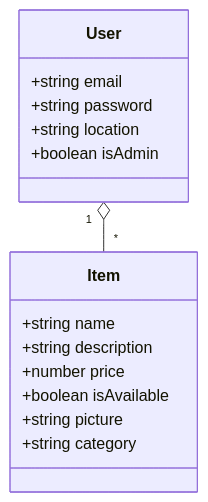
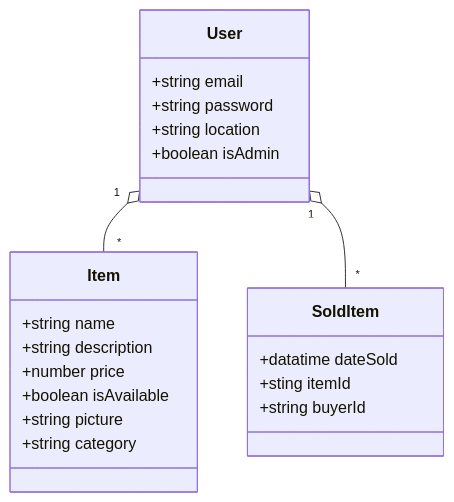
One commit to walletpop/walletpop-backend changed the diagram in uml/classDiagram.mmd. Above: the diagram before and after it, drawn with Mermaid.

Commit message:
Update diagram

```diff
--- a/uml/classDiagram.mmd
+++ b/uml/classDiagram.mmd
@@ -1,18 +1,25 @@
 classDiagram
     User "1" o-- "*" Item
+    User "1" o-- "*" SoldItem
 
     class Item {
         +string name
         +string description
         +number price
         +boolean isAvailable
         +string picture
         +string category
     }
 
     class User {
         +string email
         +string password
         +string location
         +boolean isAdmin
     }
+
+    class SoldItem {
+        +datatime dateSold
+        +sting itemId
+        +string buyerId
+    }
```
